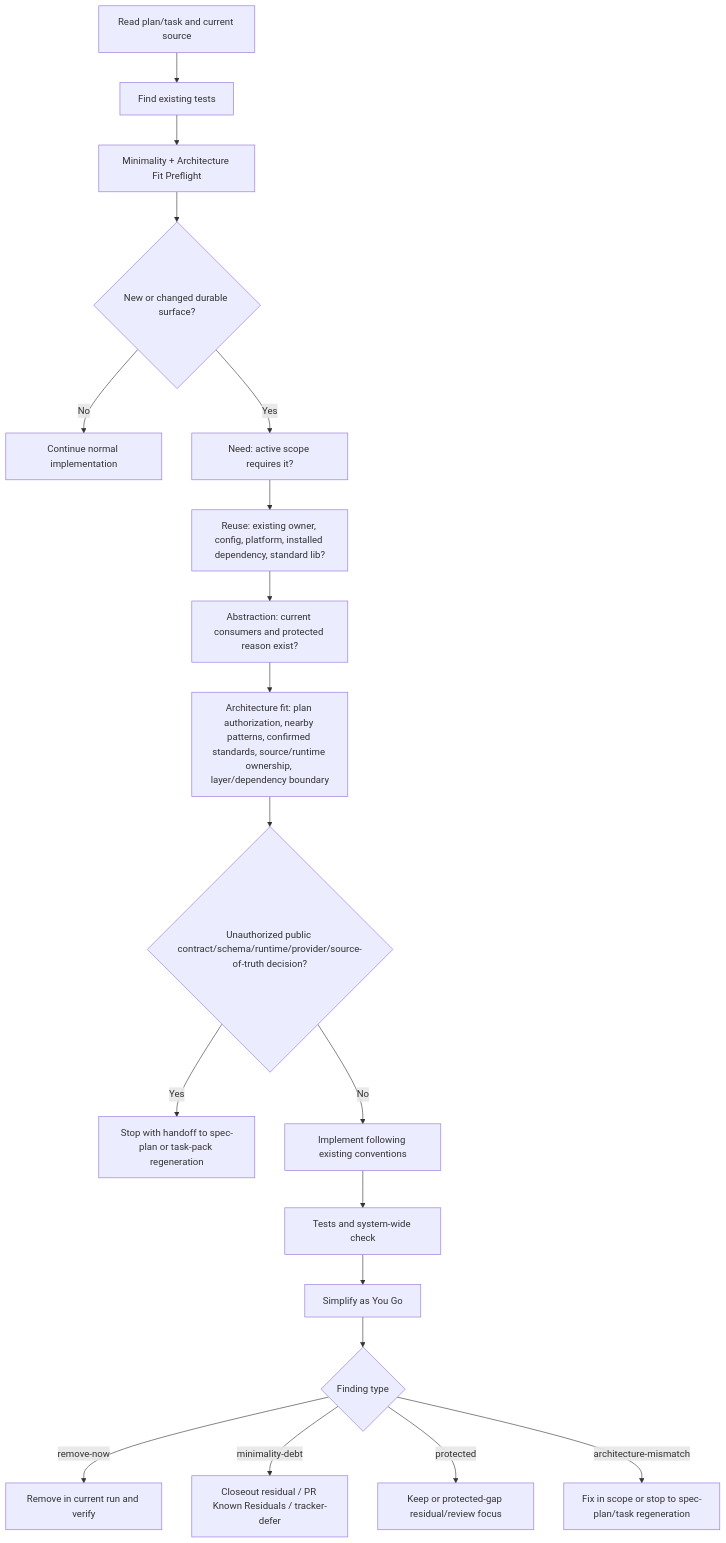
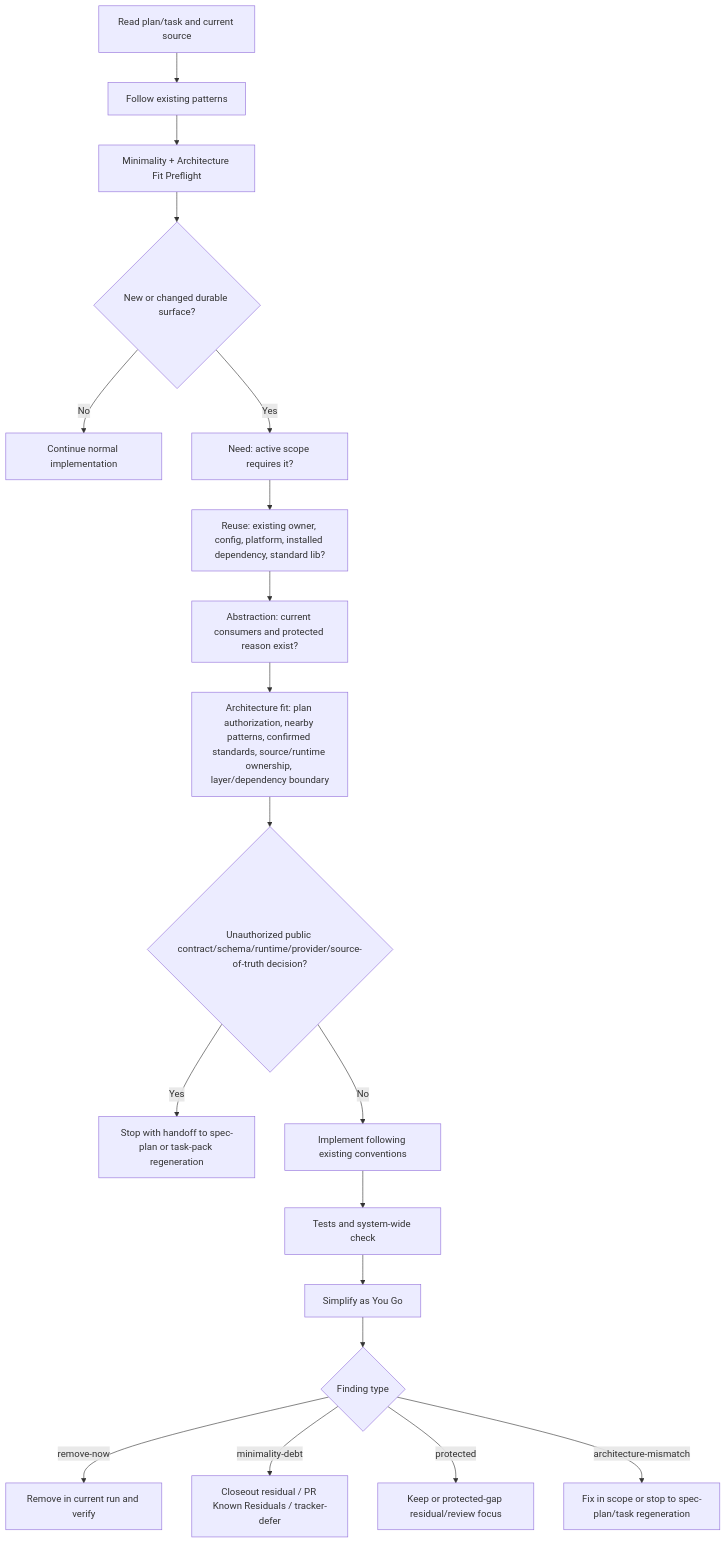
Before and after one commit to leo-kuang-ai/spec-first: the diagram in docs/plans/2026-07-01-003-feat-spec-work-minimality-architecture-fit-plan.md, drawn with Mermaid. The commit also changed other lines of this file and 14 other files, not shown here.

First line of the commit message:
feat(spec-code-review): 推进 boundary-graph 评估、扩展 SKILL/references 与契约测试

````diff
--- a/docs/plans/2026-07-01-003-feat-spec-work-minimality-architecture-fit-plan.md
+++ b/docs/plans/2026-07-01-003-feat-spec-work-minimality-architecture-fit-plan.md
@@ -244,21 +245,21 @@
 ```mermaid
 flowchart TB
-  A[Read plan/task and current source] --> B[Find existing tests]
+  A[Read plan/task and current source] --> B[Follow existing patterns]
   B --> C[Minimality + Architecture Fit Preflight]
   C --> D{New or changed durable surface?}
   D -->|No| E[Continue normal implementation]
   D -->|Yes| F[Need: active scope requires it?]
   F --> G[Reuse: existing owner, config, platform, installed dependency, standard lib?]
   G --> H[Abstraction: current consumers and protected reason exist?]
   H --> I[Architecture fit: plan authorization, nearby patterns, confirmed standards, source/runtime ownership, layer/dependency boundary]
   I --> J{Unauthorized public contract/schema/runtime/provider/source-of-truth decision?}
   J -->|Yes| K[Stop with handoff to spec-plan or task-pack regeneration]
   J -->|No| L[Implement following existing conventions]
   L --> M[Tests and system-wide check]
   M --> N[Simplify as You Go]
   N --> O{Finding type}
   O -->|remove-now| P[Remove in current run and verify]
   O -->|minimality-debt| Q[Closeout residual / PR Known Residuals / tracker-defer]
   O -->|protected| R[Keep or protected-gap residual/review focus]
   O -->|architecture-mismatch| S[Fix in scope or stop to spec-plan/task regeneration]
 ```
````
